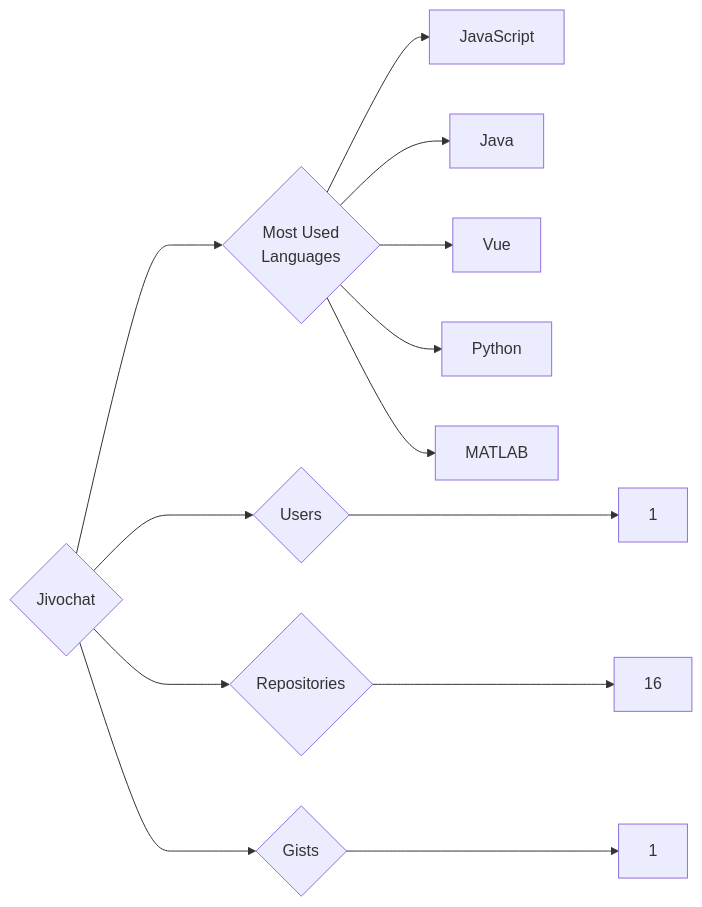
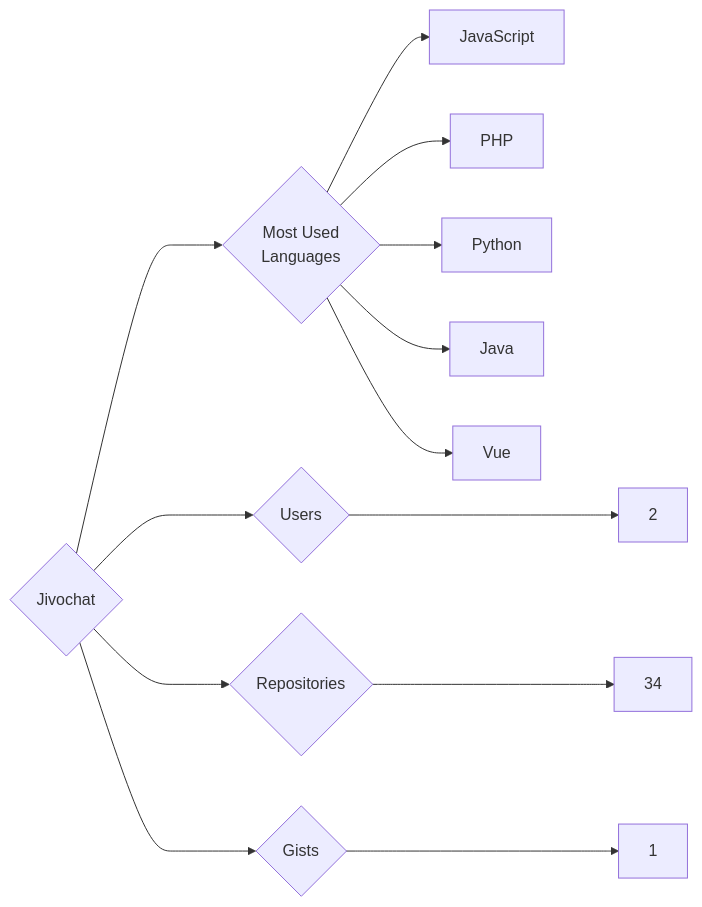
One commit to trickest/insiders changed the diagram in targets/Jivochat/README.md. Above: the diagram before and after it, drawn with Mermaid. The commit also changed 951 other files, not shown here.

````diff
--- a/targets/Jivochat/README.md
+++ b/targets/Jivochat/README.md
@@ -3,13 +3,13 @@
 ```mermaid
 graph LR
 COMPANY_NAME{Jivochat}
-COMPANY_NAME ---> U{Users} ---> UN[1]
-COMPANY_NAME ---> R{Repositories} ---> RN[16]
+COMPANY_NAME ---> U{Users} ---> UN[2]
+COMPANY_NAME ---> R{Repositories} ---> RN[34]
 COMPANY_NAME ---> G{Gists} ---> GN[1]
 COMPANY_NAME ---> ML{Most Used<br>Languages}
 ML --> JavaScript[JavaScript]
+ML --> PHP[PHP]
+ML --> Python[Python]
 ML --> Java[Java]
 ML --> Vue[Vue]
-ML --> Python[Python]
-ML --> MATLAB[MATLAB]
 ```
````
